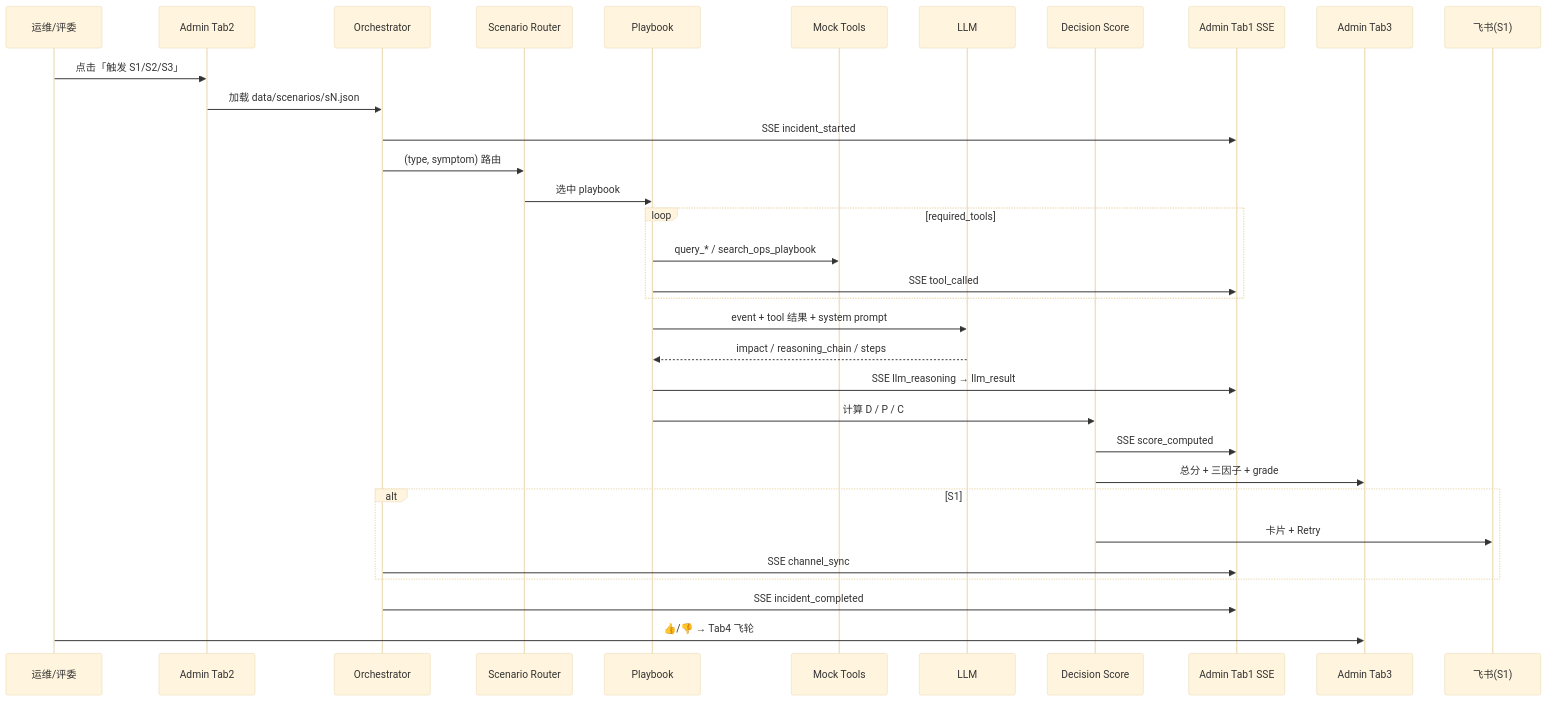
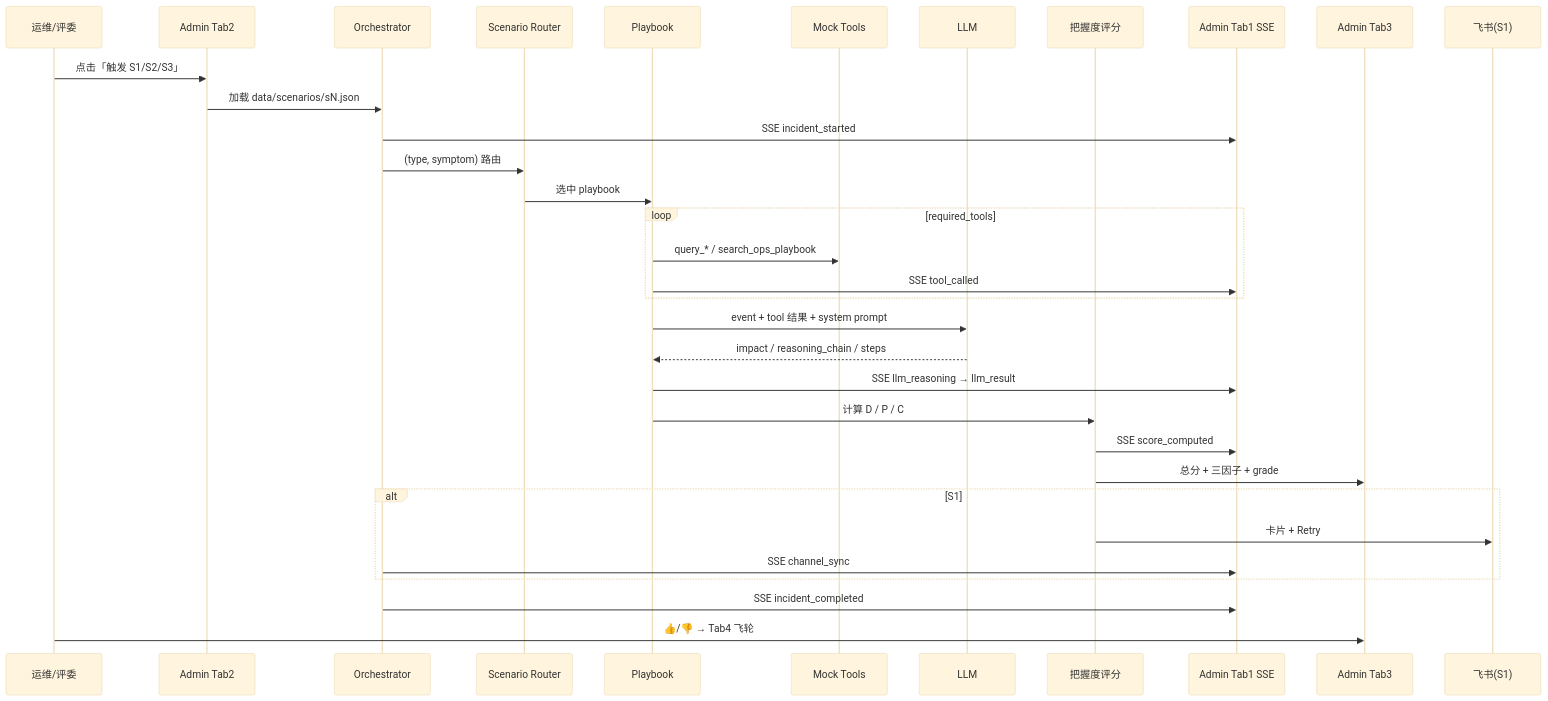
One commit to lurui1997/coagent changed the first of 3 diagrams in docs/superpowers/specs/coagent-design-spec.md. Above: the diagram before and after it, drawn with Mermaid (base theme). The commit also changed other lines of this file and 5 other files, not shown here.

````diff
--- a/docs/superpowers/specs/coagent-design-spec.md
+++ b/docs/superpowers/specs/coagent-design-spec.md
@@ -229,36 +229,36 @@
 ```mermaid
 sequenceDiagram
     participant U as 运维/评委
     participant AD as Admin Tab2
     participant OR as Orchestrator
     participant SR as Scenario Router
     participant PB as Playbook
     participant T as Mock Tools
     participant LLM as LLM
-    participant SC as Decision Score
+    participant SC as 把握度评分
     participant T1 as Admin Tab1 SSE
     participant T3 as Admin Tab3
     participant FS as 飞书(S1)
 
     U->>AD: 点击「触发 S1/S2/S3」
     AD->>OR: 加载 data/scenarios/sN.json
     OR->>T1: SSE incident_started
     OR->>SR: (type, symptom) 路由
     SR->>PB: 选中 playbook
     loop required_tools
         PB->>T: query_* / search_ops_playbook
         PB->>T1: SSE tool_called
     end
     PB->>LLM: event + tool 结果 + system prompt
     LLM-->>PB: impact / reasoning_chain / steps
     PB->>T1: SSE llm_reasoning → llm_result
     PB->>SC: 计算 D / P / C
     SC->>T1: SSE score_computed
     SC->>T3: 总分 + 三因子 + grade
     alt S1
         SC->>FS: 卡片 + Retry
         OR->>T1: SSE channel_sync
     end
     OR->>T1: SSE incident_completed
     U->>T3: 👍/👎 → Tab4 飞轮
 ```
````
